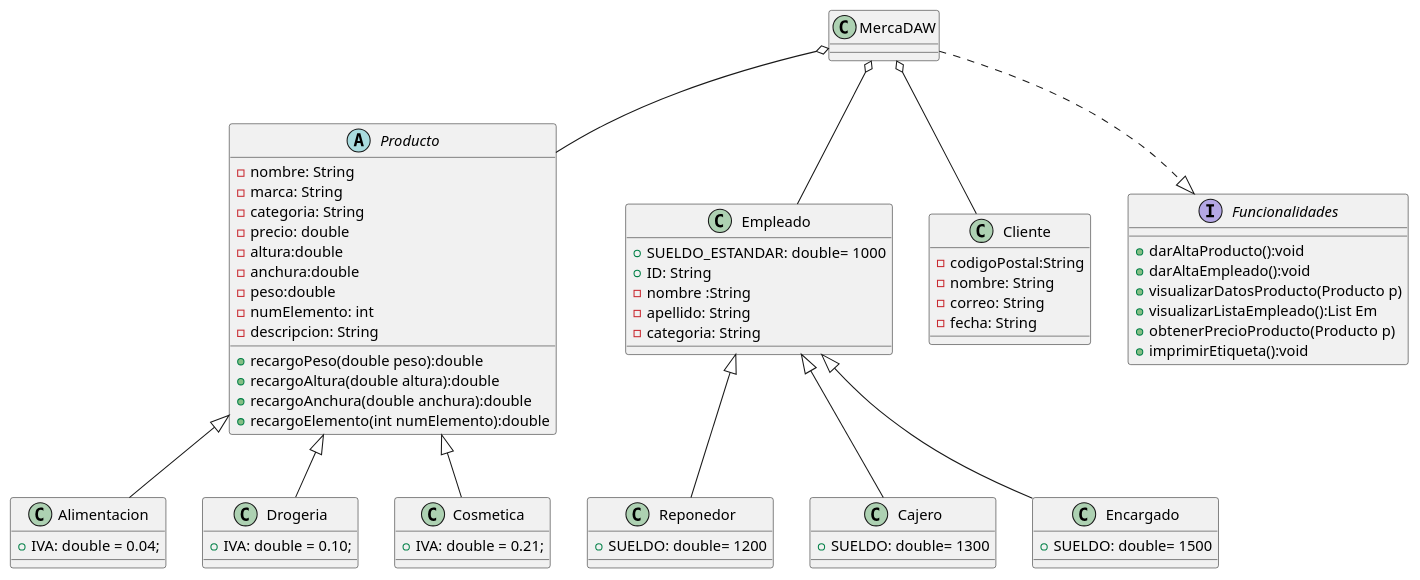
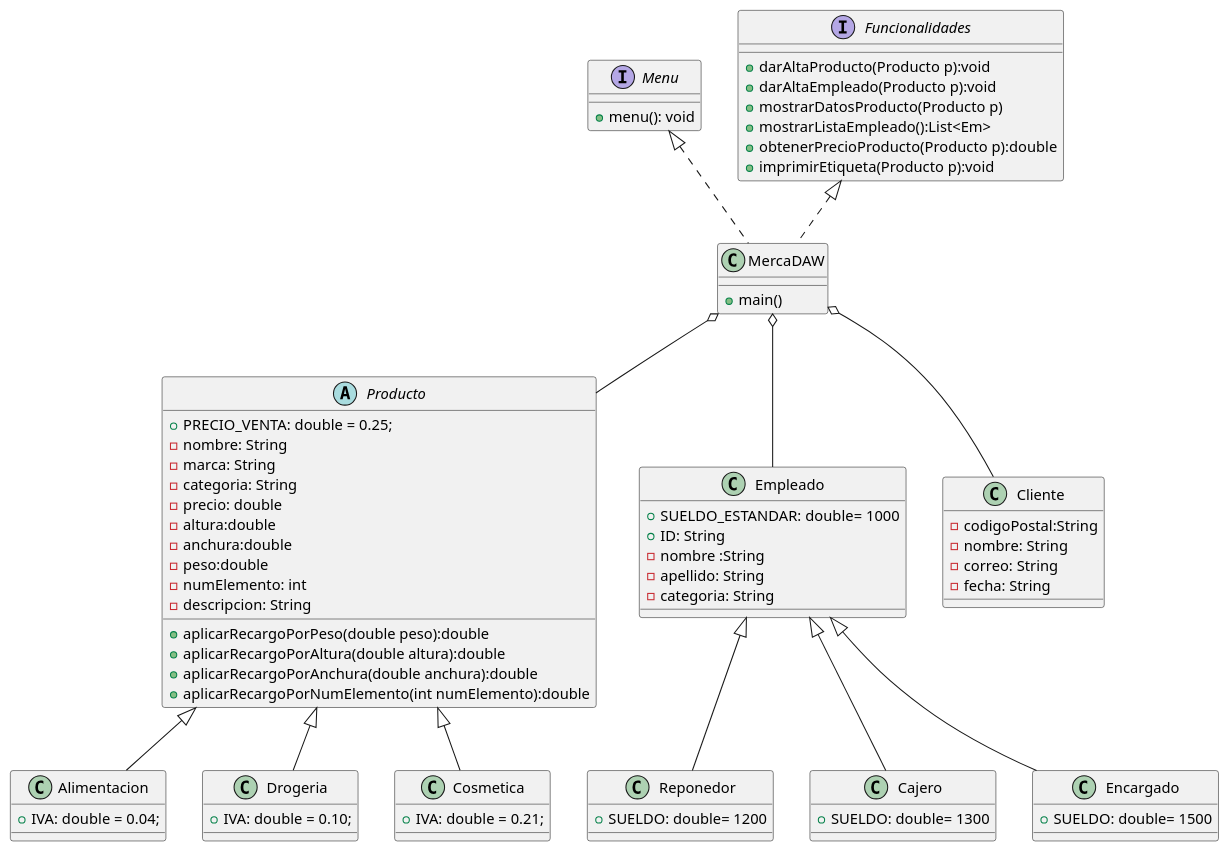
The diagram in docs/diagramaClases.pu (EmiOba/practica), drawn with PlantUML before and after one commit. The commit also changed 12 other files, not shown here.

```diff
--- a/docs/diagramaClases.pu
+++ b/docs/diagramaClases.pu
@@ -2,77 +2,82 @@
 @startuml diagrama de clase 
 
 class MercaDAW{
+   + main()
+}
+interface Menu{
++ menu(): void
 }
 abstract Producto{
+    + PRECIO_VENTA: double = 0.25;
    - nombre: String
    - marca: String
    - categoria: String
    - precio: double
    - altura:double
    - anchura:double 
    - peso:double
    - numElemento: int
    - descripcion: String
-   + recargoPeso(double peso):double
-   + recargoAltura(double altura):double
-   + recargoAnchura(double anchura):double
-   + recargoElemento(int numElemento):double
-
+   + aplicarRecargoPorPeso(double peso):double
+   + aplicarRecargoPorAltura(double altura):double
+   + aplicarRecargoPorAnchura(double anchura):double
+   + aplicarRecargoPorNumElemento(int numElemento):double
 }
 
 class Alimentacion{
    + IVA: double = 0.04;
 }
 class Drogeria{
    + IVA: double = 0.10; 
 }
 class Cosmetica{
    + IVA: double = 0.21;
 }
 class Empleado{
    + SUELDO_ESTANDAR: double= 1000
    + ID: String
    - nombre :String
    - apellido: String
    - categoria: String
 }
 class Reponedor{
    + SUELDO: double= 1200
 }
 class Cajero{
    + SUELDO: double= 1300
 }
 class Encargado{
    + SUELDO: double= 1500
 }
 class Cliente{
    - codigoPostal:String
    - nombre: String
    - correo: String
    - fecha: String
 }
 interface Funcionalidades{
-   + darAltaProducto():void
-   + darAltaEmpleado():void
-   + visualizarDatosProducto(Producto p)
-   + visualizarListaEmpleado():List Em
-   + obtenerPrecioProducto(Producto p)
-   + imprimirEtiqueta():void
+   + darAltaProducto(Producto p):void
+   + darAltaEmpleado(Producto p):void
+   + mostrarDatosProducto(Producto p)
+   + mostrarListaEmpleado():List<Em>
+   + obtenerPrecioProducto(Producto p):double
+   + imprimirEtiqueta(Producto p):void
   
 }
 
 MercaDAW o-- Producto
 MercaDAW o-- Empleado
 MercaDAW o-- Cliente
 
 Producto <|-- Alimentacion 
 Producto <|-- Drogeria
 Producto <|-- Cosmetica
 
 Empleado <|-- Reponedor
 Empleado <|-- Cajero
 Empleado <|-- Encargado
 
-MercaDAW ..|> Funcionalidades
+Funcionalidades <|.. MercaDAW
+Menu <|.. MercaDAW
 
 @enduml
```
